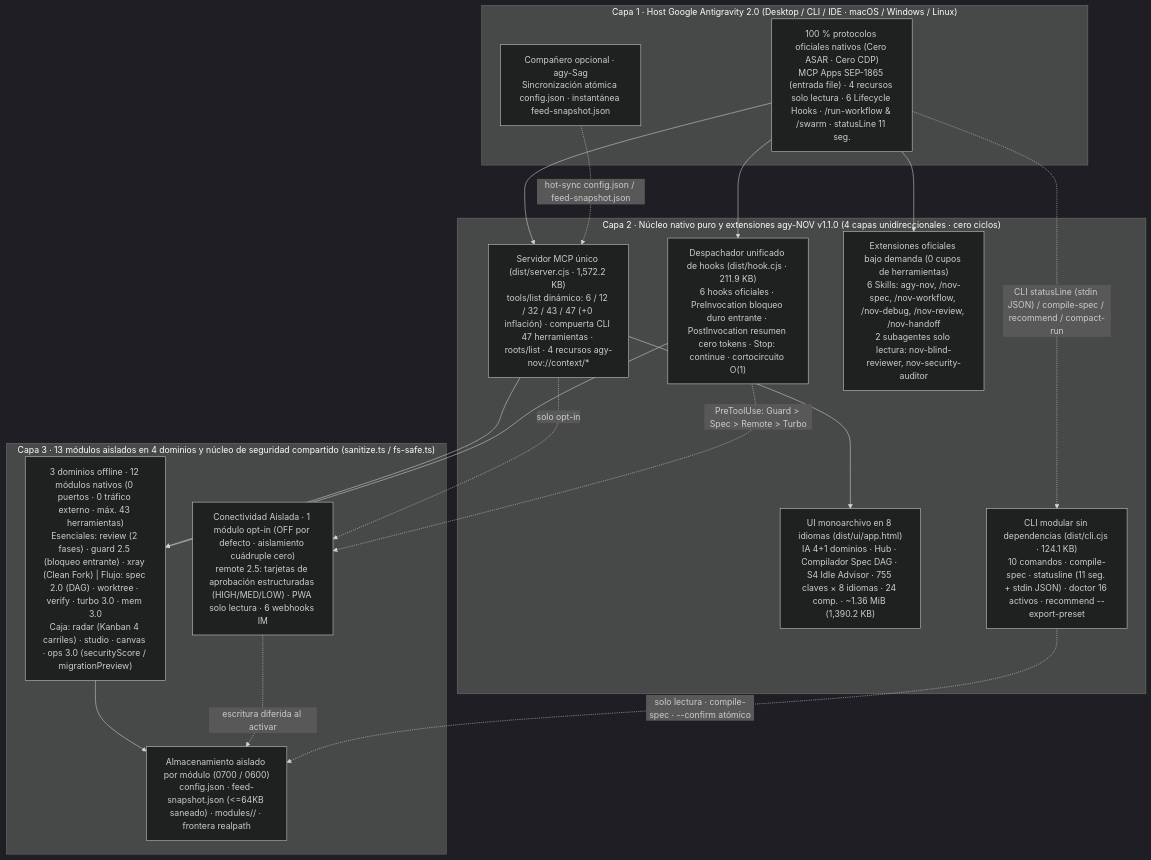
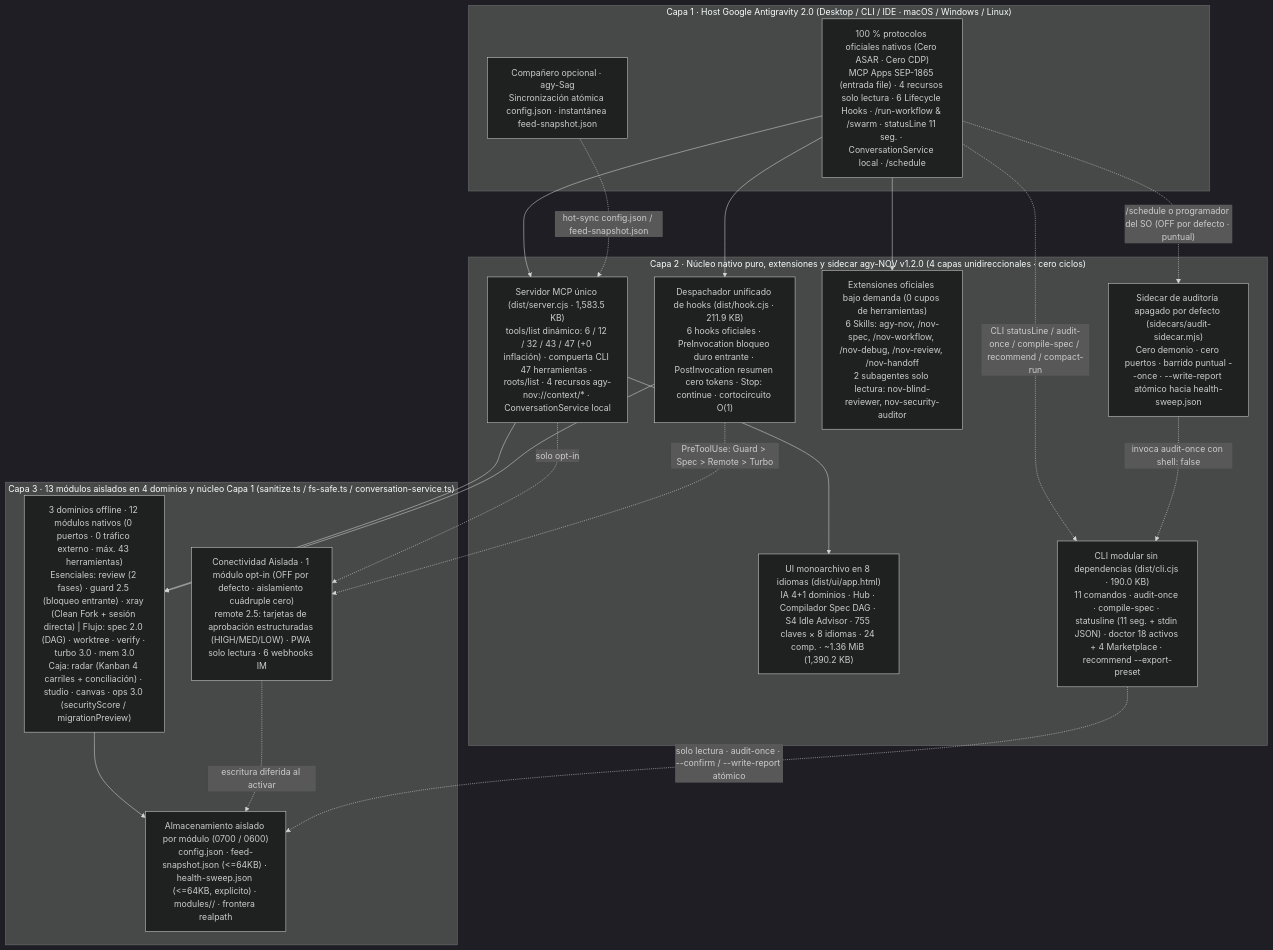
The diagram in docs/i18n/README.es.md (tone-leh/agy-NOV), drawn with Mermaid (dark theme) before and after one commit. The commit also changed other lines of this file and 38 other files, not shown here.

Commit message:
feat(v1.2.0): opt-in read-only audit sidecar, loopback ConversationService bridge & Marketplace readiness

````diff
--- a/docs/i18n/README.es.md
+++ b/docs/i18n/README.es.md
@@ -244,35 +262,38 @@
 ```mermaid
 flowchart TB
   subgraph L1["Capa 1 · Host Google Antigravity 2.0 (Desktop / CLI / IDE · macOS / Windows / Linux)"]
-    Host["100 % protocolos oficiales nativos (Cero ASAR · Cero CDP)\nMCP Apps SEP-1865 (entrada file) · 4 recursos solo lectura · 6 Lifecycle Hooks · /run-workflow & /swarm · statusLine 11 seg."]
+    Host["100 % protocolos oficiales nativos (Cero ASAR · Cero CDP)\nMCP Apps SEP-1865 (entrada file) · 4 recursos solo lectura · 6 Lifecycle Hooks · /run-workflow & /swarm · statusLine 11 seg. · ConversationService local · /schedule"]
     Sag["Compañero opcional · agy-Sag\nSincronización atómica config.json · instantánea feed-snapshot.json"]
   end
 
-  subgraph L2["Capa 2 · Núcleo nativo puro y extensiones agy-NOV v1.1.0 (4 capas unidireccionales · cero ciclos)"]
-    MCP["Servidor MCP único (dist/server.cjs · 1,572.2 KB)\ntools/list dinámico: 6 / 12 / 32 / 43 / 47 (+0 inflación) · compuerta CLI 47 herramientas · roots/list · 4 recursos agy-nov://context/*"]
+  subgraph L2["Capa 2 · Núcleo nativo puro, extensiones y sidecar agy-NOV v1.2.0 (4 capas unidireccionales · cero ciclos)"]
+    MCP["Servidor MCP único (dist/server.cjs · 1,583.5 KB)\ntools/list dinámico: 6 / 12 / 32 / 43 / 47 (+0 inflación) · compuerta CLI 47 herramientas · roots/list · 4 recursos agy-nov://context/* · ConversationService local"]
     Hook["Despachador unificado de hooks (dist/hook.cjs · 211.9 KB)\n6 hooks oficiales · PreInvocation bloqueo duro entrante · PostInvocation resumen cero tokens · Stop: continue · cortocircuito O(1)"]
     UI["UI monoarchivo en 8 idiomas (dist/ui/app.html)\nIA 4+1 dominios · Hub · Compilador Spec DAG · S4 Idle Advisor · 755 claves × 8 idiomas · 24 comp. · ~1.36 MiB (1,390.2 KB)"]
     Ext["Extensiones oficiales bajo demanda (0 cupos de herramientas)\n6 Skills: agy-nov, /nov-spec, /nov-workflow, /nov-debug, /nov-review, /nov-handoff\n2 subagentes solo lectura: nov-blind-reviewer, nov-security-auditor"]
-    CLI["CLI modular sin dependencias (dist/cli.cjs · 124.1 KB)\n10 comandos · compile-spec · statusline (11 seg. + stdin JSON) · doctor 16 activos · recommend --export-preset"]
+    CLI["CLI modular sin dependencias (dist/cli.cjs · 190.0 KB)\n11 comandos · audit-once · compile-spec · statusline (11 seg. + stdin JSON) · doctor 18 activos + 4 Marketplace · recommend --export-preset"]
+    Sidecar["Sidecar de auditoría apagado por defecto (sidecars/audit-sidecar.mjs)\nCero demonio · cero puertos · barrido puntual --once · --write-report atómico hacia health-sweep.json"]
   end
 
-  subgraph L3["Capa 3 · 13 módulos aislados en 4 dominios y núcleo de seguridad compartido (sanitize.ts / fs-safe.ts)"]
-    T1["3 dominios offline · 12 módulos nativos (0 puertos · 0 tráfico externo · máx. 43 herramientas)\nEsenciales: review (2 fases) · guard 2.5 (bloqueo entrante) · xray (Clean Fork) | Flujo: spec 2.0 (DAG) · worktree · verify · turbo 3.0 · mem 3.0\nCaja: radar (Kanban 4 carriles) · studio · canvas · ops 3.0 (securityScore / migrationPreview)"]
+  subgraph L3["Capa 3 · 13 módulos aislados en 4 dominios y núcleo Capa 1 (sanitize.ts / fs-safe.ts / conversation-service.ts)"]
+    T1["3 dominios offline · 12 módulos nativos (0 puertos · 0 tráfico externo · máx. 43 herramientas)\nEsenciales: review (2 fases) · guard 2.5 (bloqueo entrante) · xray (Clean Fork + sesión directa) | Flujo: spec 2.0 (DAG) · worktree · verify · turbo 3.0 · mem 3.0\nCaja: radar (Kanban 4 carriles + conciliación) · studio · canvas · ops 3.0 (securityScore / migrationPreview)"]
     T2R["Conectividad Aislada · 1 módulo opt-in (OFF por defecto · aislamiento cuádruple cero)\nremote 2.5: tarjetas de aprobación estructuradas (HIGH/MED/LOW) · PWA solo lectura · 6 webhooks IM"]
-    Store["Almacenamiento aislado por módulo (0700 / 0600)\nconfig.json · feed-snapshot.json (<=64KB saneado) · modules/<id>/ · frontera realpath"]
+    Store["Almacenamiento aislado por módulo (0700 / 0600)\nconfig.json · feed-snapshot.json (<=64KB) · health-sweep.json (<=64KB, explícito) · modules/<id>/ · frontera realpath"]
   end
 
   Host --> MCP
   Host --> Hook
   Host --> Ext
-  Host -. "CLI statusLine (stdin JSON) / compile-spec / recommend / compact-run" .-> CLI
+  Host -. "CLI statusLine / audit-once / compile-spec / recommend / compact-run" .-> CLI
+  Host -. "/schedule o programador del SO (OFF por defecto · puntual)" .-> Sidecar
+  Sidecar -. "invoca audit-once con shell: false" .-> CLI
   Sag -. "hot-sync config.json / feed-snapshot.json" .-> MCP
   MCP --> UI
   MCP --> T1
   MCP -. "solo opt-in" .-> T2R
   Hook --> T1
   Hook -. "PreToolUse: Guard > Spec > Remote > Turbo" .-> T2R
   T1 --> Store
   T2R -. "escritura diferida al activar" .-> Store
-  CLI -. "solo lectura · compile-spec · --confirm atómico" .-> Store
+  CLI -. "solo lectura · audit-once · --confirm / --write-report atómico" .-> Store
 ```
````
